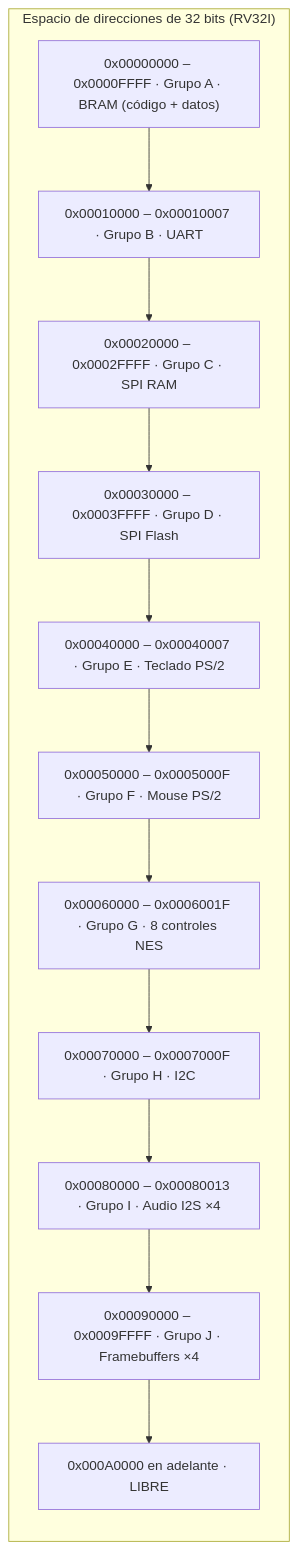
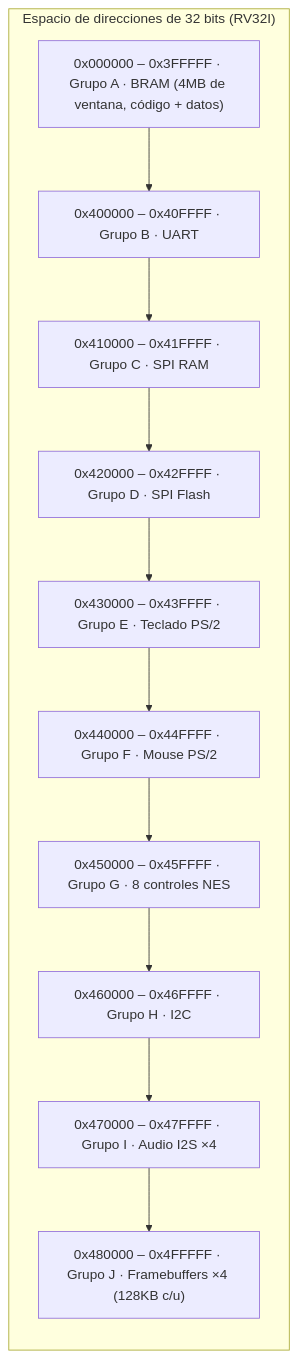
One commit to camiclarpa/Proyecto-de-electronica-digital changed the diagram in docs/mapa_memoria.md. Above: the diagram before and after it, drawn with Mermaid. The commit also changed other lines of this file and 60 other files, not shown here.

````diff
--- a/docs/mapa_memoria.md
+++ b/docs/mapa_memoria.md
@@ -74,18 +76,17 @@
 ```mermaid
 flowchart TB
     subgraph MAPA["Espacio de direcciones de 32 bits (RV32I)"]
         direction TB
-        R0["0x00000000 – 0x0000FFFF · Grupo A · BRAM (código + datos)"]
-        R1["0x00010000 – 0x00010007 · Grupo B · UART"]
-        R2["0x00020000 – 0x0002FFFF · Grupo C · SPI RAM"]
-        R3["0x00030000 – 0x0003FFFF · Grupo D · SPI Flash"]
-        R4["0x00040000 – 0x00040007 · Grupo E · Teclado PS/2"]
-        R5["0x00050000 – 0x0005000F · Grupo F · Mouse PS/2"]
-        R6["0x00060000 – 0x0006001F · Grupo G · 8 controles NES"]
-        R7["0x00070000 – 0x0007000F · Grupo H · I2C"]
-        R8["0x00080000 – 0x00080013 · Grupo I · Audio I2S ×4"]
-        R9["0x00090000 – 0x0009FFFF · Grupo J · Framebuffers ×4"]
-        R10["0x000A0000 en adelante · LIBRE"]
-        R0 --> R1 --> R2 --> R3 --> R4 --> R5 --> R6 --> R7 --> R8 --> R9 --> R10
+        R0["0x000000 – 0x3FFFFF · Grupo A · BRAM (4MB de ventana, código + datos)"]
+        R1["0x400000 – 0x40FFFF · Grupo B · UART"]
+        R2["0x410000 – 0x41FFFF · Grupo C · SPI RAM"]
+        R3["0x420000 – 0x42FFFF · Grupo D · SPI Flash"]
+        R4["0x430000 – 0x43FFFF · Grupo E · Teclado PS/2"]
+        R5["0x440000 – 0x44FFFF · Grupo F · Mouse PS/2"]
+        R6["0x450000 – 0x45FFFF · Grupo G · 8 controles NES"]
+        R7["0x460000 – 0x46FFFF · Grupo H · I2C"]
+        R8["0x470000 – 0x47FFFF · Grupo I · Audio I2S ×4"]
+        R9["0x480000 – 0x4FFFFF · Grupo J · Framebuffers ×4 (128KB c/u)"]
+        R0 --> R1 --> R2 --> R3 --> R4 --> R5 --> R6 --> R7 --> R8 --> R9
     end
 ```
````
